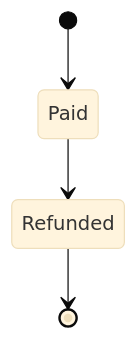
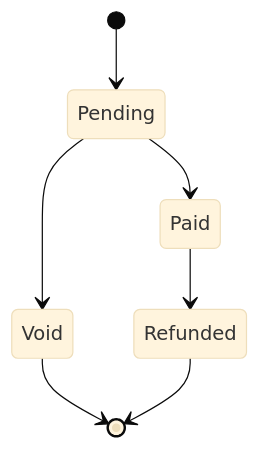
Before and after one commit to liverty-music/specification: the second of 2 diagrams in openspec/specs/components/entity/order/spec.md, drawn with Mermaid (base theme). The commit also changed other lines of this file and 18 other files, not shown here.

````diff
--- a/openspec/specs/components/entity/order/spec.md
+++ b/openspec/specs/components/entity/order/spec.md
@@ -34,6 +40,9 @@
 ```mermaid
 stateDiagram-v2
-  [*] --> Paid
+  [*] --> Pending
+  Pending --> Paid
+  Pending --> Void
   Paid --> Refunded
+  Void --> [*]
   Refunded --> [*]
 ```
````
